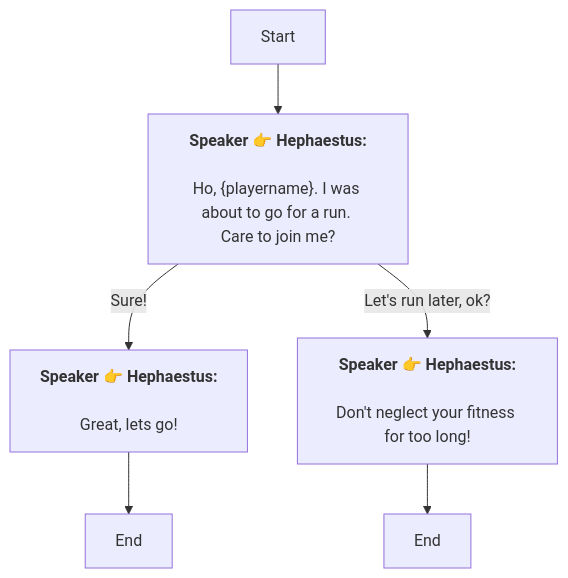
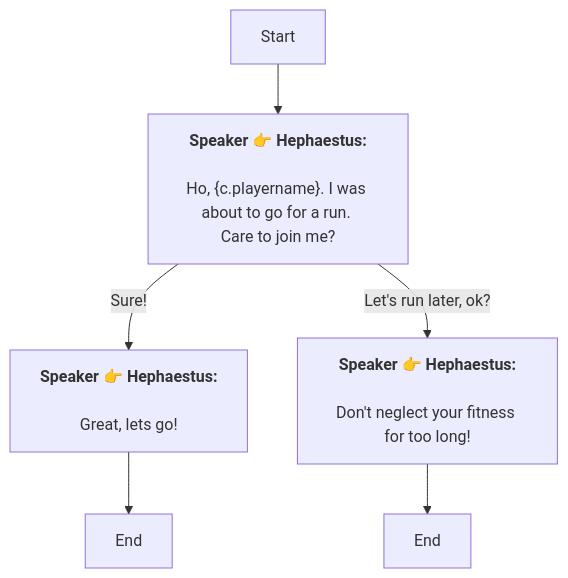
One commit to SoftHu/tos_avg changed the diagram in Zh/QuestTalkObjectiveNode_1772321925379197.md. Above: the diagram before and after it, drawn with Mermaid. The commit also changed 410 other files, not shown here.

````diff
--- a/Zh/QuestTalkObjectiveNode_1772321925379197.md
+++ b/Zh/QuestTalkObjectiveNode_1772321925379197.md
@@ -1,14 +1,13 @@
 ```mermaid
 graph
 Start -->1774173361503592[<b>Speaker 👉 Hephaestus:</b>
-\nHo, &lbrace;playername&rbrace;. I was about to go for a run. 
-Care to join me?
-]
+\nHo, &lbrace;c.playername&rbrace;. I was about to go for a run. 
+Care to join me?]
 1774173361503592 -->|Sure!|1774173361503596[<b>Speaker 👉 Hephaestus:</b>
 \nGreat, lets go!]
 1774173361503592 -->|Let's run later, ok?|1774173361508718[<b>Speaker 👉 Hephaestus:</b>
-\nDon't neglect your fitness for too long! ]
+\nDon't neglect your fitness for too long!]
 1774173361503596 -->1774173361503597[End]
 1774173361508718 -->1774173361508719[End]
 
 ```
````
